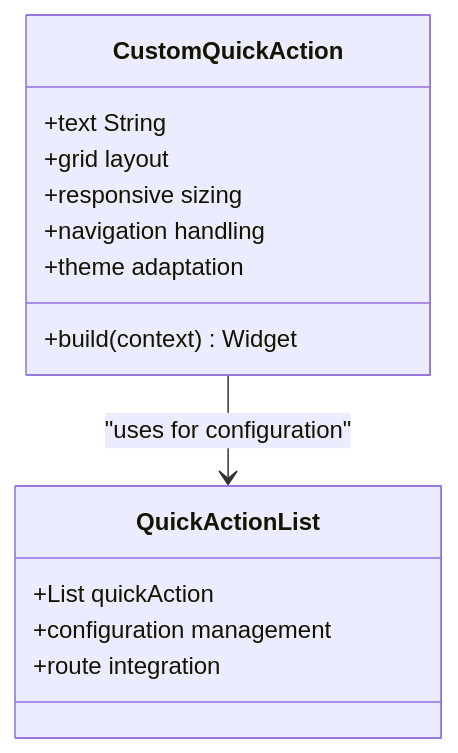
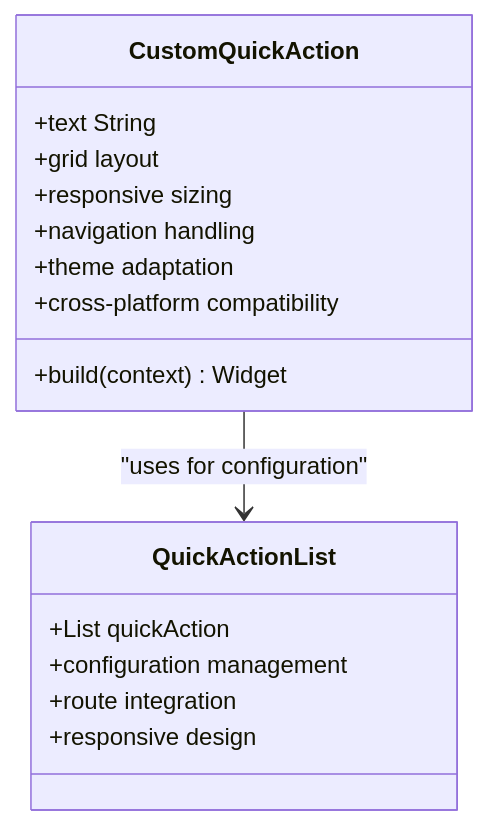
Before and after one commit to Ariful3111/FurniGo: diagram 11 of 11 in .qoder/repowiki/en/content/Core Features/Dashboard and Navigation.md, drawn with Mermaid. The commit also changed other lines of this file and 3 other files, not shown here.

````diff
--- a/.qoder/repowiki/en/content/Core Features/Dashboard and Navigation.md
+++ b/.qoder/repowiki/en/content/Core Features/Dashboard and Navigation.md
@@ -565,17 +782,19 @@
 ```mermaid
 classDiagram
 class CustomQuickAction {
 +text String
 +build(context) Widget
 +grid layout
 +responsive sizing
 +navigation handling
 +theme adaptation
++cross-platform compatibility
 }
 class QuickActionList {
 +List quickAction
 +configuration management
 +route integration
++responsive design
 }
 CustomQuickAction --> QuickActionList : "uses for configuration"
 ```
````
